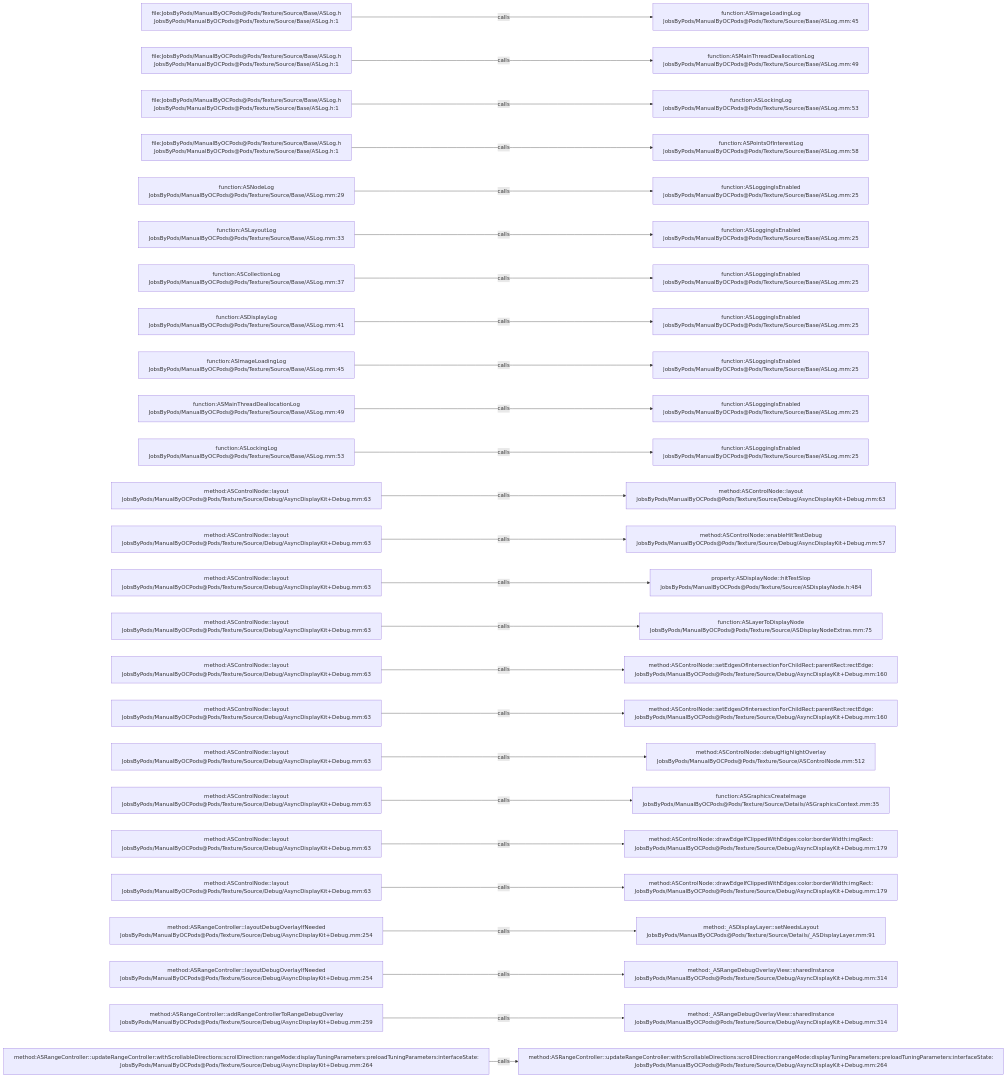
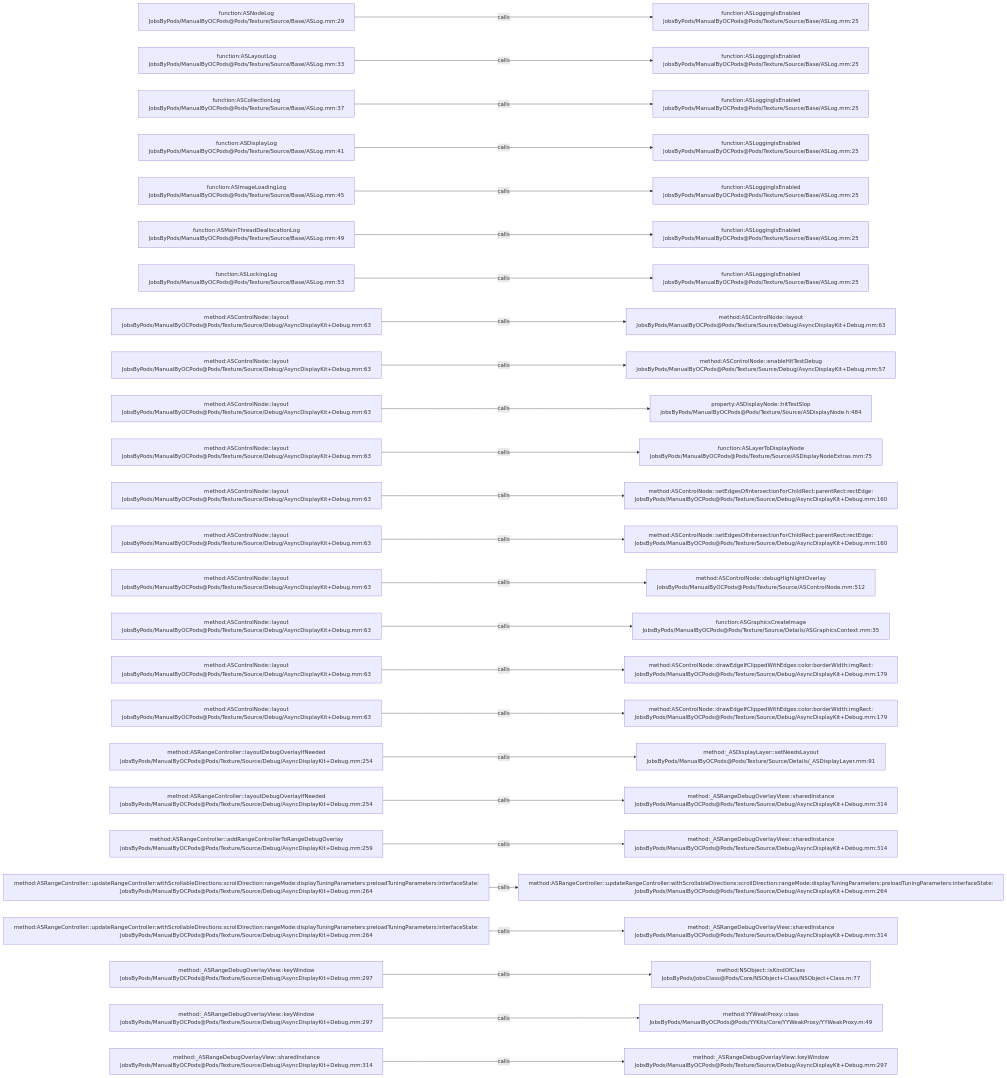
One commit to JobsKits/JobsOCBaseConfigDemo changed the diagram in .codegraph/codegraph.md/graphs/calls-146.md. Above: the diagram before and after it, drawn with Mermaid. The commit also changed 727 other files, not shown here.

````diff
--- a/.codegraph/codegraph.md/graphs/calls-146.md
+++ b/.codegraph/codegraph.md/graphs/calls-146.md
@@ -13,78 +13,78 @@
 ```mermaid
 flowchart LR
-  S1["file:JobsByPods/ManualByOCPods@Pods/Texture/Source/Base/ASLog.h<br/>JobsByPods/ManualByOCPods@Pods/Texture/Source/Base/ASLog.h:1"]
-  T1["function:ASImageLoadingLog<br/>JobsByPods/ManualByOCPods@Pods/Texture/Source/Base/ASLog.mm:45"]
+  S1["function:ASNodeLog<br/>JobsByPods/ManualByOCPods@Pods/Texture/Source/Base/ASLog.mm:29"]
+  T1["function:ASLoggingIsEnabled<br/>JobsByPods/ManualByOCPods@Pods/Texture/Source/Base/ASLog.mm:25"]
   S1 -->|calls| T1
-  S2["file:JobsByPods/ManualByOCPods@Pods/Texture/Source/Base/ASLog.h<br/>JobsByPods/ManualByOCPods@Pods/Texture/Source/Base/ASLog.h:1"]
-  T2["function:ASMainThreadDeallocationLog<br/>JobsByPods/ManualByOCPods@Pods/Texture/Source/Base/ASLog.mm:49"]
+  S2["function:ASLayoutLog<br/>JobsByPods/ManualByOCPods@Pods/Texture/Source/Base/ASLog.mm:33"]
+  T2["function:ASLoggingIsEnabled<br/>JobsByPods/ManualByOCPods@Pods/Texture/Source/Base/ASLog.mm:25"]
   S2 -->|calls| T2
-  S3["file:JobsByPods/ManualByOCPods@Pods/Texture/Source/Base/ASLog.h<br/>JobsByPods/ManualByOCPods@Pods/Texture/Source/Base/ASLog.h:1"]
-  T3["function:ASLockingLog<br/>JobsByPods/ManualByOCPods@Pods/Texture/Source/Base/ASLog.mm:53"]
+  S3["function:ASCollectionLog<br/>JobsByPods/ManualByOCPods@Pods/Texture/Source/Base/ASLog.mm:37"]
+  T3["function:ASLoggingIsEnabled<br/>JobsByPods/ManualByOCPods@Pods/Texture/Source/Base/ASLog.mm:25"]
   S3 -->|calls| T3
-  S4["file:JobsByPods/ManualByOCPods@Pods/Texture/Source/Base/ASLog.h<br/>JobsByPods/ManualByOCPods@Pods/Texture/Source/Base/ASLog.h:1"]
-  T4["function:ASPointsOfInterestLog<br/>JobsByPods/ManualByOCPods@Pods/Texture/Source/Base/ASLog.mm:58"]
+  S4["function:ASDisplayLog<br/>JobsByPods/ManualByOCPods@Pods/Texture/Source/Base/ASLog.mm:41"]
+  T4["function:ASLoggingIsEnabled<br/>JobsByPods/ManualByOCPods@Pods/Texture/Source/Base/ASLog.mm:25"]
   S4 -->|calls| T4
-  S5["function:ASNodeLog<br/>JobsByPods/ManualByOCPods@Pods/Texture/Source/Base/ASLog.mm:29"]
+  S5["function:ASImageLoadingLog<br/>JobsByPods/ManualByOCPods@Pods/Texture/Source/Base/ASLog.mm:45"]
   T5["function:ASLoggingIsEnabled<br/>JobsByPods/ManualByOCPods@Pods/Texture/Source/Base/ASLog.mm:25"]
   S5 -->|calls| T5
-  S6["function:ASLayoutLog<br/>JobsByPods/ManualByOCPods@Pods/Texture/Source/Base/ASLog.mm:33"]
+  S6["function:ASMainThreadDeallocationLog<br/>JobsByPods/ManualByOCPods@Pods/Texture/Source/Base/ASLog.mm:49"]
   T6["function:ASLoggingIsEnabled<br/>JobsByPods/ManualByOCPods@Pods/Texture/Source/Base/ASLog.mm:25"]
   S6 -->|calls| T6
-  S7["function:ASCollectionLog<br/>JobsByPods/ManualByOCPods@Pods/Texture/Source/Base/ASLog.mm:37"]
+  S7["function:ASLockingLog<br/>JobsByPods/ManualByOCPods@Pods/Texture/Source/Base/ASLog.mm:53"]
   T7["function:ASLoggingIsEnabled<br/>JobsByPods/ManualByOCPods@Pods/Texture/Source/Base/ASLog.mm:25"]
   S7 -->|calls| T7
-  S8["function:ASDisplayLog<br/>JobsByPods/ManualByOCPods@Pods/Texture/Source/Base/ASLog.mm:41"]
-  T8["function:ASLoggingIsEnabled<br/>JobsByPods/ManualByOCPods@Pods/Texture/Source/Base/ASLog.mm:25"]
+  S8["method:ASControlNode::layout<br/>JobsByPods/ManualByOCPods@Pods/Texture/Source/Debug/AsyncDisplayKit+Debug.mm:63"]
+  T8["method:ASControlNode::layout<br/>JobsByPods/ManualByOCPods@Pods/Texture/Source/Debug/AsyncDisplayKit+Debug.mm:63"]
   S8 -->|calls| T8
-  S9["function:ASImageLoadingLog<br/>JobsByPods/ManualByOCPods@Pods/Texture/Source/Base/ASLog.mm:45"]
-  T9["function:ASLoggingIsEnabled<br/>JobsByPods/ManualByOCPods@Pods/Texture/Source/Base/ASLog.mm:25"]
+  S9["method:ASControlNode::layout<br/>JobsByPods/ManualByOCPods@Pods/Texture/Source/Debug/AsyncDisplayKit+Debug.mm:63"]
+  T9["method:ASControlNode::enableHitTestDebug<br/>JobsByPods/ManualByOCPods@Pods/Texture/Source/Debug/AsyncDisplayKit+Debug.mm:57"]
   S9 -->|calls| T9
-  S10["function:ASMainThreadDeallocationLog<br/>JobsByPods/ManualByOCPods@Pods/Texture/Source/Base/ASLog.mm:49"]
-  T10["function:ASLoggingIsEnabled<br/>JobsByPods/ManualByOCPods@Pods/Texture/Source/Base/ASLog.mm:25"]
+  S10["method:ASControlNode::layout<br/>JobsByPods/ManualByOCPods@Pods/Texture/Source/Debug/AsyncDisplayKit+Debug.mm:63"]
+  T10["property:ASDisplayNode::hitTestSlop<br/>JobsByPods/ManualByOCPods@Pods/Texture/Source/ASDisplayNode.h:484"]
   S10 -->|calls| T10
-  S11["function:ASLockingLog<br/>JobsByPods/ManualByOCPods@Pods/Texture/Source/Base/ASLog.mm:53"]
-  T11["function:ASLoggingIsEnabled<br/>JobsByPods/ManualByOCPods@Pods/Texture/Source/Base/ASLog.mm:25"]
+  S11["method:ASControlNode::layout<br/>JobsByPods/ManualByOCPods@Pods/Texture/Source/Debug/AsyncDisplayKit+Debug.mm:63"]
+  T11["function:ASLayerToDisplayNode<br/>JobsByPods/ManualByOCPods@Pods/Texture/Source/ASDisplayNodeExtras.mm:75"]
   S11 -->|calls| T11
   S12["method:ASControlNode::layout<br/>JobsByPods/ManualByOCPods@Pods/Texture/Source/Debug/AsyncDisplayKit+Debug.mm:63"]
-  T12["method:ASControlNode::layout<br/>JobsByPods/ManualByOCPods@Pods/Texture/Source/Debug/AsyncDisplayKit+Debug.mm:63"]
+  T12["method:ASControlNode::setEdgesOfIntersectionForChildRect:parentRect:rectEdge:<br/>JobsByPods/ManualByOCPods@Pods/Texture/Source/Debug/AsyncDisplayKit+Debug.mm:160"]
   S12 -->|calls| T12
   S13["method:ASControlNode::layout<br/>JobsByPods/ManualByOCPods@Pods/Texture/Source/Debug/AsyncDisplayKit+Debug.mm:63"]
-  T13["method:ASControlNode::enableHitTestDebug<br/>JobsByPods/ManualByOCPods@Pods/Texture/Source/Debug/AsyncDisplayKit+Debug.mm:57"]
+  T13["method:ASControlNode::setEdgesOfIntersectionForChildRect:parentRect:rectEdge:<br/>JobsByPods/ManualByOCPods@Pods/Texture/Source/Debug/AsyncDisplayKit+Debug.mm:160"]
   S13 -->|calls| T13
   S14["method:ASControlNode::layout<br/>JobsByPods/ManualByOCPods@Pods/Texture/Source/Debug/AsyncDisplayKit+Debug.mm:63"]
-  T14["property:ASDisplayNode::hitTestSlop<br/>JobsByPods/ManualByOCPods@Pods/Texture/Source/ASDisplayNode.h:484"]
+  T14["method:ASControlNode::debugHighlightOverlay<br/>JobsByPods/ManualByOCPods@Pods/Texture/Source/ASControlNode.mm:512"]
   S14 -->|calls| T14
   S15["method:ASControlNode::layout<br/>JobsByPods/ManualByOCPods@Pods/Texture/Source/Debug/AsyncDisplayKit+Debug.mm:63"]
-  T15["function:ASLayerToDisplayNode<br/>JobsByPods/ManualByOCPods@Pods/Texture/Source/ASDisplayNodeExtras.mm:75"]
+  T15["function:ASGraphicsCreateImage<br/>JobsByPods/ManualByOCPods@Pods/Texture/Source/Details/ASGraphicsContext.mm:35"]
   S15 -->|calls| T15
   S16["method:ASControlNode::layout<br/>JobsByPods/ManualByOCPods@Pods/Texture/Source/Debug/AsyncDisplayKit+Debug.mm:63"]
-  T16["method:ASControlNode::setEdgesOfIntersectionForChildRect:parentRect:rectEdge:<br/>JobsByPods/ManualByOCPods@Pods/Texture/Source/Debug/AsyncDisplayKit+Debug.mm:160"]
+  T16["method:ASControlNode::drawEdgeIfClippedWithEdges:color:borderWidth:imgRect:<br/>JobsByPods/ManualByOCPods@Pods/Texture/Source/Debug/AsyncDisplayKit+Debug.mm:179"]
   S16 -->|calls| T16
   S17["method:ASControlNode::layout<br/>JobsByPods/ManualByOCPods@Pods/Texture/Source/Debug/AsyncDisplayKit+Debug.mm:63"]
-  T17["method:ASControlNode::setEdgesOfIntersectionForChildRect:parentRect:rectEdge:<br/>JobsByPods/ManualByOCPods@Pods/Texture/Source/Debug/AsyncDisplayKit+Debug.mm:160"]
+  T17["method:ASControlNode::drawEdgeIfClippedWithEdges:color:borderWidth:imgRect:<br/>JobsByPods/ManualByOCPods@Pods/Texture/Source/Debug/AsyncDisplayKit+Debug.mm:179"]
   S17 -->|calls| T17
-  S18["method:ASControlNode::layout<br/>JobsByPods/ManualByOCPods@Pods/Texture/Source/Debug/AsyncDisplayKit+Debug.mm:63"]
-  T18["method:ASControlNode::debugHighlightOverlay<br/>JobsByPods/ManualByOCPods@Pods/Texture/Source/ASControlNode.mm:512"]
+  S18["method:ASRangeController::layoutDebugOverlayIfNeeded<br/>JobsByPods/ManualByOCPods@Pods/Texture/Source/Debug/AsyncDisplayKit+Debug.mm:254"]
+  T18["method:_ASDisplayLayer::setNeedsLayout<br/>JobsByPods/ManualByOCPods@Pods/Texture/Source/Details/_ASDisplayLayer.mm:91"]
   S18 -->|calls| T18
-  S19["method:ASControlNode::layout<br/>JobsByPods/ManualByOCPods@Pods/Texture/Source/Debug/AsyncDisplayKit+Debug.mm:63"]
-  T19["function:ASGraphicsCreateImage<br/>JobsByPods/ManualByOCPods@Pods/Texture/Source/Details/ASGraphicsContext.mm:35"]
+  S19["method:ASRangeController::layoutDebugOverlayIfNeeded<br/>JobsByPods/ManualByOCPods@Pods/Texture/Source/Debug/AsyncDisplayKit+Debug.mm:254"]
+  T19["method:_ASRangeDebugOverlayView::sharedInstance<br/>JobsByPods/ManualByOCPods@Pods/Texture/Source/Debug/AsyncDisplayKit+Debug.mm:314"]
   S19 -->|calls| T19
-  S20["method:ASControlNode::layout<br/>JobsByPods/ManualByOCPods@Pods/Texture/Source/Debug/AsyncDisplayKit+Debug.mm:63"]
-  T20["method:ASControlNode::drawEdgeIfClippedWithEdges:color:borderWidth:imgRect:<br/>JobsByPods/ManualByOCPods@Pods/Texture/Source/Debug/AsyncDisplayKit+Debug.mm:179"]
+  S20["method:ASRangeController::addRangeControllerToRangeDebugOverlay<br/>JobsByPods/ManualByOCPods@Pods/Texture/Source/Debug/AsyncDisplayKit+Debug.mm:259"]
+  T20["method:_ASRangeDebugOverlayView::sharedInstance<br/>JobsByPods/ManualByOCPods@Pods/Texture/Source/Debug/AsyncDisplayKit+Debug.mm:314"]
   S20 -->|calls| T20
-  S21["method:ASControlNode::layout<br/>JobsByPods/ManualByOCPods@Pods/Texture/Source/Debug/AsyncDisplayKit+Debug.mm:63"]
-  T21["method:ASControlNode::drawEdgeIfClippedWithEdges:color:borderWidth:imgRect:<br/>JobsByPods/ManualByOCPods@Pods/Texture/Source/Debug/AsyncDisplayKit+Debug.mm:179"]
+  S21["method:ASRangeController::updateRangeController:withScrollableDirections:scrollDirection:rangeMode:displayTuningParameters:preloadTuningParameters:interfaceState:<br/>JobsByPods/ManualByOCPods@Pods/Texture/Source/Debug/AsyncDisplayKit+Debug.mm:264"]
+  T21["method:ASRangeController::updateRangeController:withScrollableDirections:scrollDirection:rangeMode:displayTuningParameters:preloadTuningParameters:interfaceState:<br/>JobsByPods/ManualByOCPods@Pods/Texture/Source/Debug/AsyncDisplayKit+Debug.mm:264"]
   S21 -->|calls| T21
-  S22["method:ASRangeController::layoutDebugOverlayIfNeeded<br/>JobsByPods/ManualByOCPods@Pods/Texture/Source/Debug/AsyncDisplayKit+Debug.mm:254"]
-  T22["method:_ASDisplayLayer::setNeedsLayout<br/>JobsByPods/ManualByOCPods@Pods/Texture/Source/Details/_ASDisplayLayer.mm:91"]
+  S22["method:ASRangeController::updateRangeController:withScrollableDirections:scrollDirection:rangeMode:displayTuningParameters:preloadTuningParameters:interfaceState:<br/>JobsByPods/ManualByOCPods@Pods/Texture/Source/Debug/AsyncDisplayKit+Debug.mm:264"]
+  T22["method:_ASRangeDebugOverlayView::sharedInstance<br/>JobsByPods/ManualByOCPods@Pods/Texture/Source/Debug/AsyncDisplayKit+Debug.mm:314"]
   S22 -->|calls| T22
-  S23["method:ASRangeController::layoutDebugOverlayIfNeeded<br/>JobsByPods/ManualByOCPods@Pods/Texture/Source/Debug/AsyncDisplayKit+Debug.mm:254"]
-  T23["method:_ASRangeDebugOverlayView::sharedInstance<br/>JobsByPods/ManualByOCPods@Pods/Texture/Source/Debug/AsyncDisplayKit+Debug.mm:314"]
+  S23["method:_ASRangeDebugOverlayView::keyWindow<br/>JobsByPods/ManualByOCPods@Pods/Texture/Source/Debug/AsyncDisplayKit+Debug.mm:297"]
+  T23["method:NSObject::isKindOfClass<br/>JobsByPods/JobsClass@Pods/Core/NSObject+Class/NSObject+Class.m:77"]
   S23 -->|calls| T23
-  S24["method:ASRangeController::addRangeControllerToRangeDebugOverlay<br/>JobsByPods/ManualByOCPods@Pods/Texture/Source/Debug/AsyncDisplayKit+Debug.mm:259"]
-  T24["method:_ASRangeDebugOverlayView::sharedInstance<br/>JobsByPods/ManualByOCPods@Pods/Texture/Source/Debug/AsyncDisplayKit+Debug.mm:314"]
+  S24["method:_ASRangeDebugOverlayView::keyWindow<br/>JobsByPods/ManualByOCPods@Pods/Texture/Source/Debug/AsyncDisplayKit+Debug.mm:297"]
+  T24["method:YYWeakProxy::class<br/>JobsByPods/ManualByOCPods@Pods/YYKits/Core/YYWeakProxy/YYWeakProxy.m:49"]
   S24 -->|calls| T24
-  S25["method:ASRangeController::updateRangeController:withScrollableDirections:scrollDirection:rangeMode:displayTuningParameters:preloadTuningParameters:interfaceState:<br/>JobsByPods/ManualByOCPods@Pods/Texture/Source/Debug/AsyncDisplayKit+Debug.mm:264"]
-  T25["method:ASRangeController::updateRangeController:withScrollableDirections:scrollDirection:rangeMode:displayTuningParameters:preloadTuningParameters:interfaceState:<br/>JobsByPods/ManualByOCPods@Pods/Texture/Source/Debug/AsyncDisplayKit+Debug.mm:264"]
+  S25["method:_ASRangeDebugOverlayView::sharedInstance<br/>JobsByPods/ManualByOCPods@Pods/Texture/Source/Debug/AsyncDisplayKit+Debug.mm:314"]
+  T25["method:_ASRangeDebugOverlayView::keyWindow<br/>JobsByPods/ManualByOCPods@Pods/Texture/Source/Debug/AsyncDisplayKit+Debug.mm:297"]
   S25 -->|calls| T25
 ```
````
